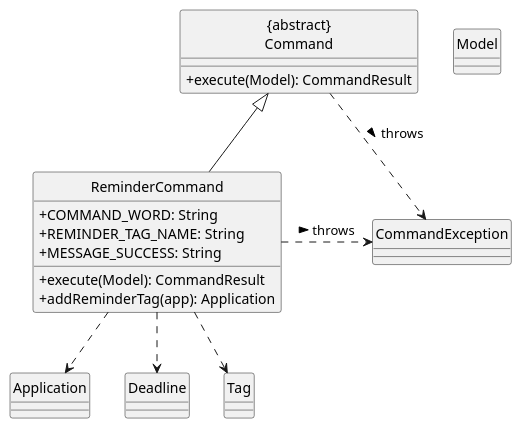
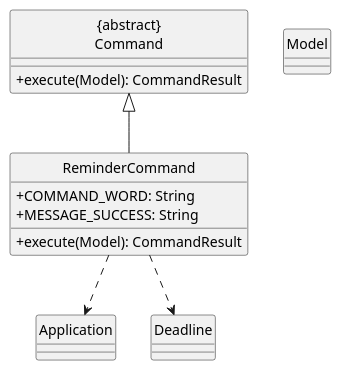
One commit to LeechY67/tp changed the diagram in docs/diagrams/add-remark/RemarkClass.puml. Above: the diagram before and after it, drawn with PlantUML. The commit also changed 4 other files, not shown here.

Commit message:
Update past diagrams

```diff
--- a/docs/diagrams/add-remark/RemarkClass.puml
+++ b/docs/diagrams/add-remark/RemarkClass.puml
@@ -1,28 +1,21 @@
 @startuml
 hide circle
 skinparam classAttributeIconSize 0
 
 Class "{abstract}\nCommand" as Command {
   +execute(Model): CommandResult
 }
 Class ReminderCommand {
   +COMMAND_WORD: String
-  +REMINDER_TAG_NAME: String
   +MESSAGE_SUCCESS: String
   +execute(Model): CommandResult
-  +addReminderTag(app): Application
 }
-Class CommandException
 Class Model
 Class Application
 Class Deadline
-Class Tag
 
 ReminderCommand -up-|> Command
-Command ..> CommandException: throws >
-ReminderCommand .right.> CommandException: throws >
 
 ReminderCommand ..> Deadline
 ReminderCommand ..> Application
-ReminderCommand ..> Tag
 @enduml
```
